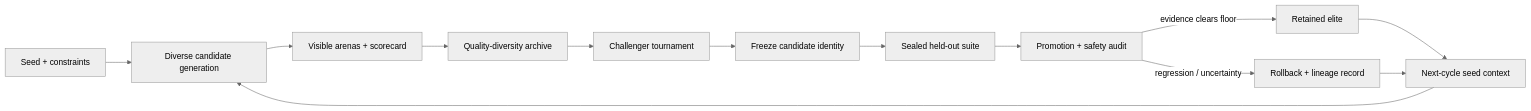
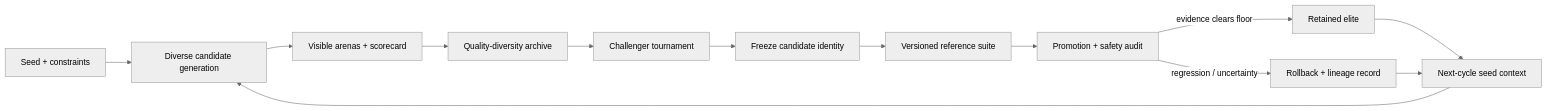
The first of 4 diagrams in README.md (ObtuseAI/doofus), drawn with Mermaid (neutral theme) before and after one commit. The commit also changed other lines of this file, not shown here.

````diff
--- a/README.md
+++ b/README.md
@@ -63,15 +81,15 @@
 ```mermaid
 flowchart LR
     SEED["Seed + constraints"] --> VARIANTS["Diverse candidate generation"]
     VARIANTS --> VISIBLE["Visible arenas + scorecard"]
     VISIBLE --> ARCHIVE["Quality-diversity archive"]
     ARCHIVE --> CHALLENGE["Challenger tournament"]
     CHALLENGE --> FREEZE["Freeze candidate identity"]
-    FREEZE --> HOLDOUT["Sealed held-out suite"]
+    FREEZE --> HOLDOUT["Versioned reference suite"]
     HOLDOUT --> AUDIT["Promotion + safety audit"]
     AUDIT -->|"evidence clears floor"| ELITE["Retained elite"]
     AUDIT -->|"regression / uncertainty"| ROLLBACK["Rollback + lineage record"]
     ELITE --> NEXT["Next-cycle seed context"]
     ROLLBACK --> NEXT
     NEXT --> VARIANTS
 ```
````
